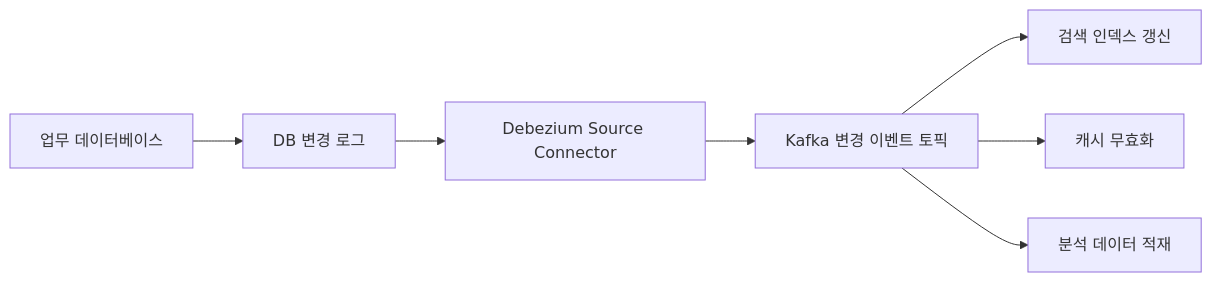
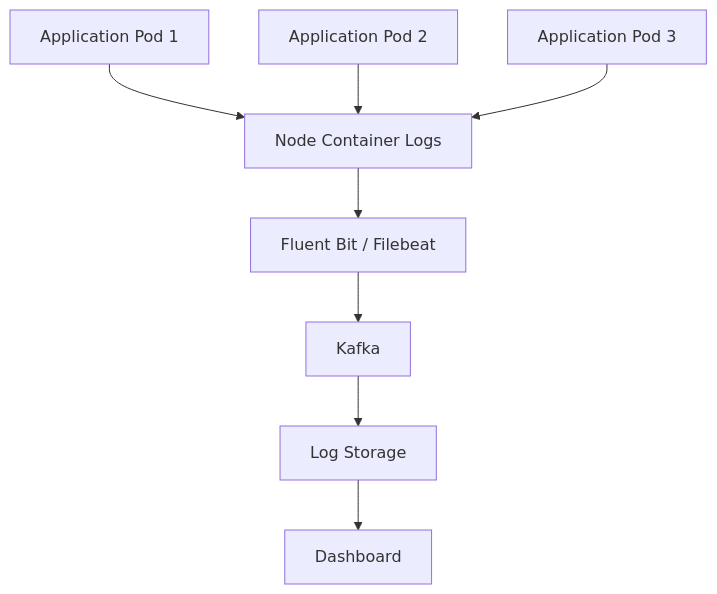
Before and after one commit to ysiksik/ysiksik.github.io: diagram 11 of 16 in _posts/study/smart-learning-ent/kafka-development-strategy-for-beginners/2026-11-02-learn-about-practical-use-cases-for-microservices.md, drawn with Mermaid. The commit also changed other lines of this file and 7 other files, not shown here.

````diff
--- a/_posts/study/smart-learning-ent/kafka-development-strategy-for-beginners/2026-11-02-learn-about-practical-use-cases-for-microservices.md
+++ b/_posts/study/smart-learning-ent/kafka-development-strategy-for-beginners/2026-11-02-learn-about-practical-use-cases-for-microservices.md
@@ -387,9 +1509,25 @@
 ```mermaid
-flowchart LR
-    A["업무 데이터베이스"] --> B["DB 변경 로그"]
-    B --> C["Debezium Source Connector"]
-    C --> D["Kafka 변경 이벤트 토픽"]
-    D --> E["검색 인덱스 갱신"]
-    D --> F["캐시 무효화"]
-    D --> G["분석 데이터 적재"]
+flowchart TD
+    A["Application Pod 1"]
+    B["Application Pod 2"]
+    C["Application Pod 3"]
+
+    D["Node Container Logs"]
+
+    E["Fluent Bit / Filebeat"]
+
+    F["Kafka"]
+
+    G["Log Storage"]
+
+    H["Dashboard"]
+
+    A --> D
+    B --> D
+    C --> D
+
+    D --> E
+    E --> F
+    F --> G
+    G --> H
 ```
````
